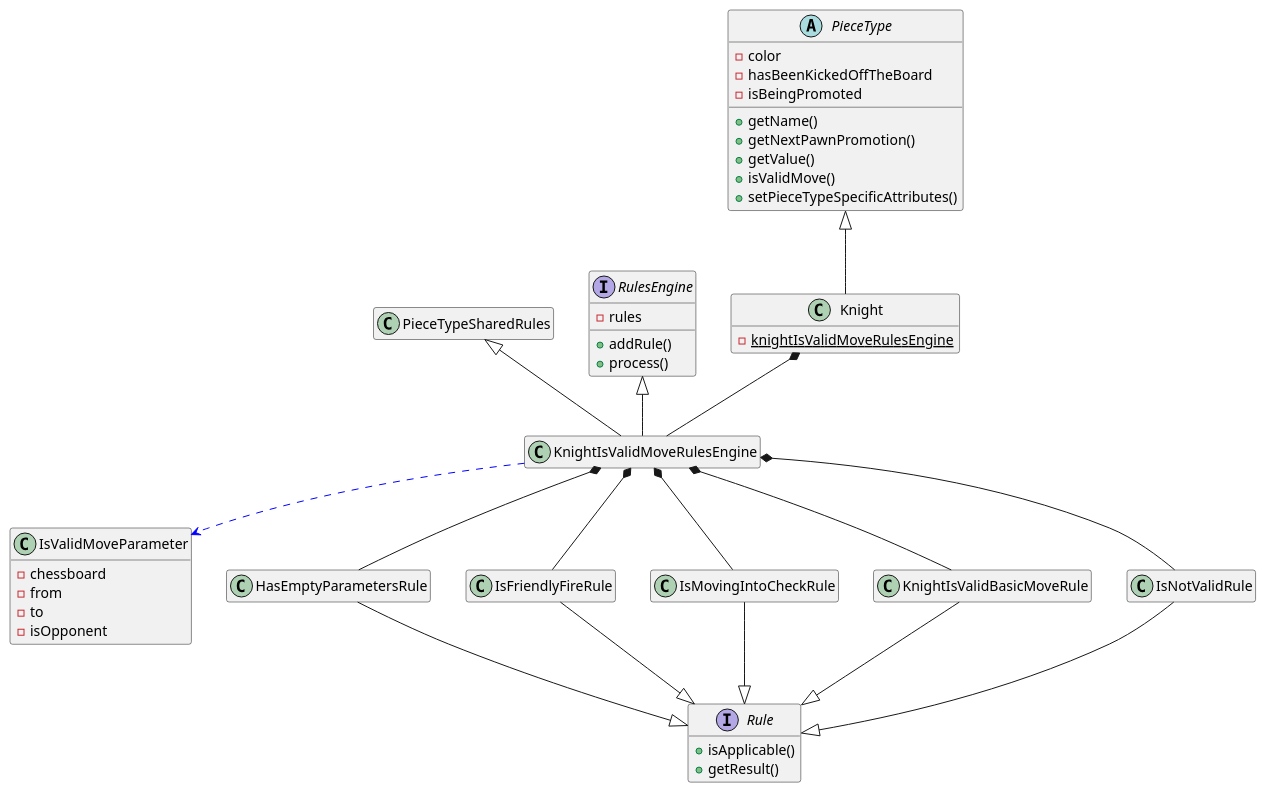
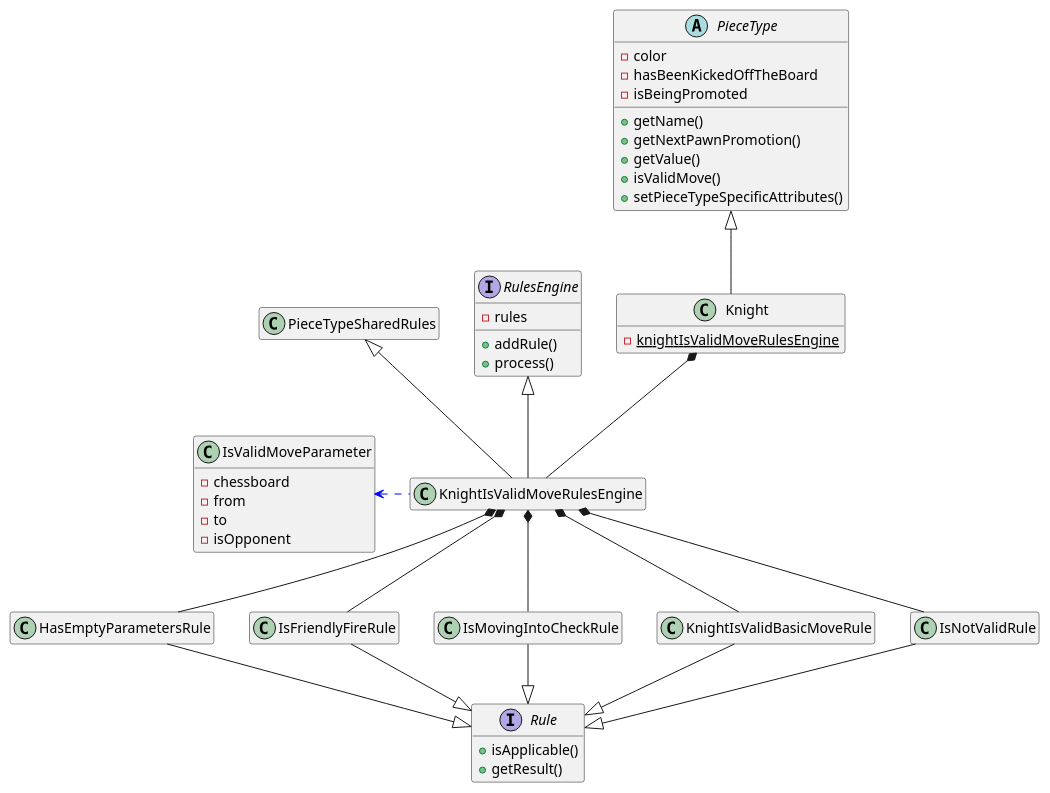
One commit to tiktaalick/chess-with-database changed the diagram in game/src/main/resources/uml/knight.puml. Above: the diagram before and after it, drawn with PlantUML. The commit also changed 4 other files, not shown here.

Commit message:
* Added PlantUML class diagrams describing the queen and rook packages.

```diff
--- a/game/src/main/resources/uml/knight.puml
+++ b/game/src/main/resources/uml/knight.puml
@@ -1,63 +1,63 @@
 @startuml
 
 '--------------'
 'Hidden members'
 '--------------'
 hide empty members
 
 '----'
 'Move'
 '----'
 abstract class PieceType {
     - color
     - hasBeenKickedOffTheBoard
     - isBeingPromoted
     + getName()
     + getNextPawnPromotion()
     + getValue()
     + isValidMove()
     + setPieceTypeSpecificAttributes()
 }
 
 class Knight {
     - {static} knightIsValidMoveRulesEngine
 }
 
 class IsValidMoveParameter {
     - chessboard
     - from
     - to
     - isOpponent
 }
 
 interface RulesEngine {
     - rules
     + addRule()
     + process()
 }
 
 interface Rule {
     + isApplicable()
     + getResult()
 }
 
 '---------'
 'Relations'
 '---------'
 PieceType <|-down- Knight
 Knight *-- KnightIsValidMoveRulesEngine
 KnightIsValidMoveRulesEngine -up-|> RulesEngine
 KnightIsValidMoveRulesEngine -up-|> PieceTypeSharedRules
-KnightIsValidMoveRulesEngine .down[#blue].> IsValidMoveParameter
+KnightIsValidMoveRulesEngine .left[#blue].> IsValidMoveParameter
 HasEmptyParametersRule -up-* KnightIsValidMoveRulesEngine
 IsFriendlyFireRule -up-* KnightIsValidMoveRulesEngine
 IsMovingIntoCheckRule -up-* KnightIsValidMoveRulesEngine
 KnightIsValidBasicMoveRule -up-* KnightIsValidMoveRulesEngine
 IsNotValidRule -up-* KnightIsValidMoveRulesEngine
 HasEmptyParametersRule --|> Rule
 IsFriendlyFireRule --|> Rule
 IsMovingIntoCheckRule --|> Rule
 KnightIsValidBasicMoveRule --|> Rule
 IsNotValidRule --|> Rule
 
 @enduml
```
